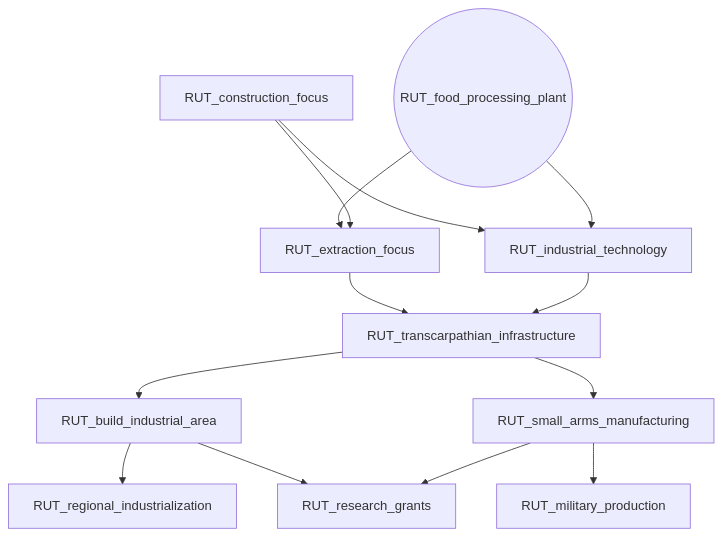
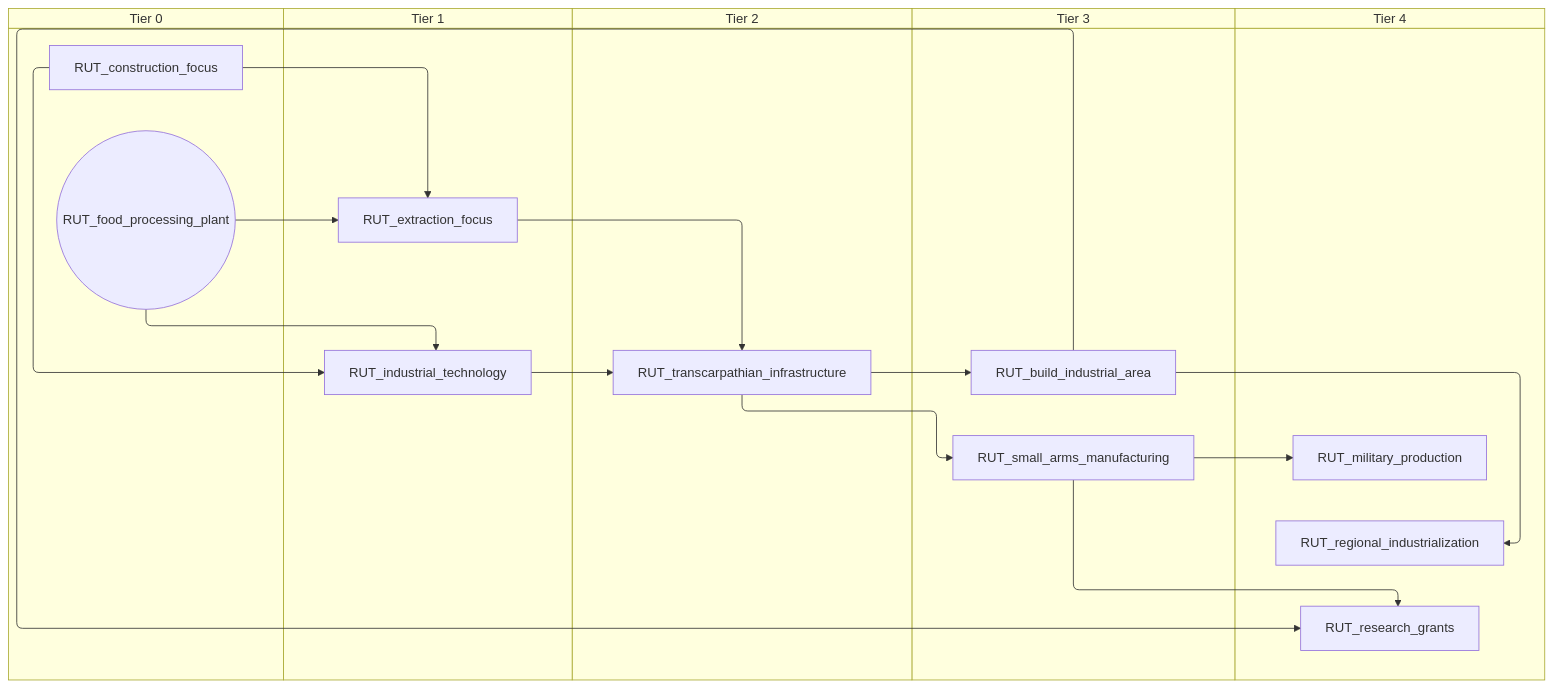
Before and after one commit to evgeny-sobol/hoi4-sandbox-mode-r56: the fourth of 8 diagrams in docs/gdd/National Focuses/r56/ruthenia.md, drawn with Mermaid. The commit also changed other lines of this file and 423 other files, not shown here.

First line of the commit message:
Re-export Rt56 focus trees as swimlane diagrams

````diff
--- a/docs/gdd/National Focuses/r56/ruthenia.md
+++ b/docs/gdd/National Focuses/r56/ruthenia.md
@@ -280,25 +318,35 @@
 ```mermaid
-flowchart TD
-    n70["RUT_build_industrial_area"]
-    n71["RUT_construction_focus"]
-    n72["RUT_extraction_focus"]
-    n73(("RUT_food_processing_plant"))
-    n74["RUT_industrial_technology"]
-    n75["RUT_military_production"]
-    n76["RUT_regional_industrialization"]
-    n77["RUT_research_grants"]
-    n78["RUT_small_arms_manufacturing"]
-    n79["RUT_transcarpathian_infrastructure"]
-    n79 --> n70
-    n73 --> n72
+swimlane-beta TD
+    subgraph tier_0["Tier 0"]
+        n70["RUT_construction_focus"]
+        n71(("RUT_food_processing_plant"))
+    end
+    subgraph tier_1["Tier 1"]
+        n72["RUT_extraction_focus"]
+        n73["RUT_industrial_technology"]
+    end
+    subgraph tier_2["Tier 2"]
+        n74["RUT_transcarpathian_infrastructure"]
+    end
+    subgraph tier_3["Tier 3"]
+        n75["RUT_build_industrial_area"]
+        n76["RUT_small_arms_manufacturing"]
+    end
+    subgraph tier_4["Tier 4"]
+        n77["RUT_military_production"]
+        n78["RUT_regional_industrialization"]
+        n79["RUT_research_grants"]
+    end
+    n74 --> n75
     n71 --> n72
-    n71 --> n74
+    n70 --> n72
+    n70 --> n73
+    n71 --> n73
+    n76 --> n77
+    n75 --> n78
+    n75 --> n79
+    n76 --> n79
+    n74 --> n76
+    n72 --> n74
     n73 --> n74
-    n78 --> n75
-    n70 --> n76
-    n70 --> n77
-    n78 --> n77
-    n79 --> n78
-    n72 --> n79
-    n74 --> n79
 ```
````
